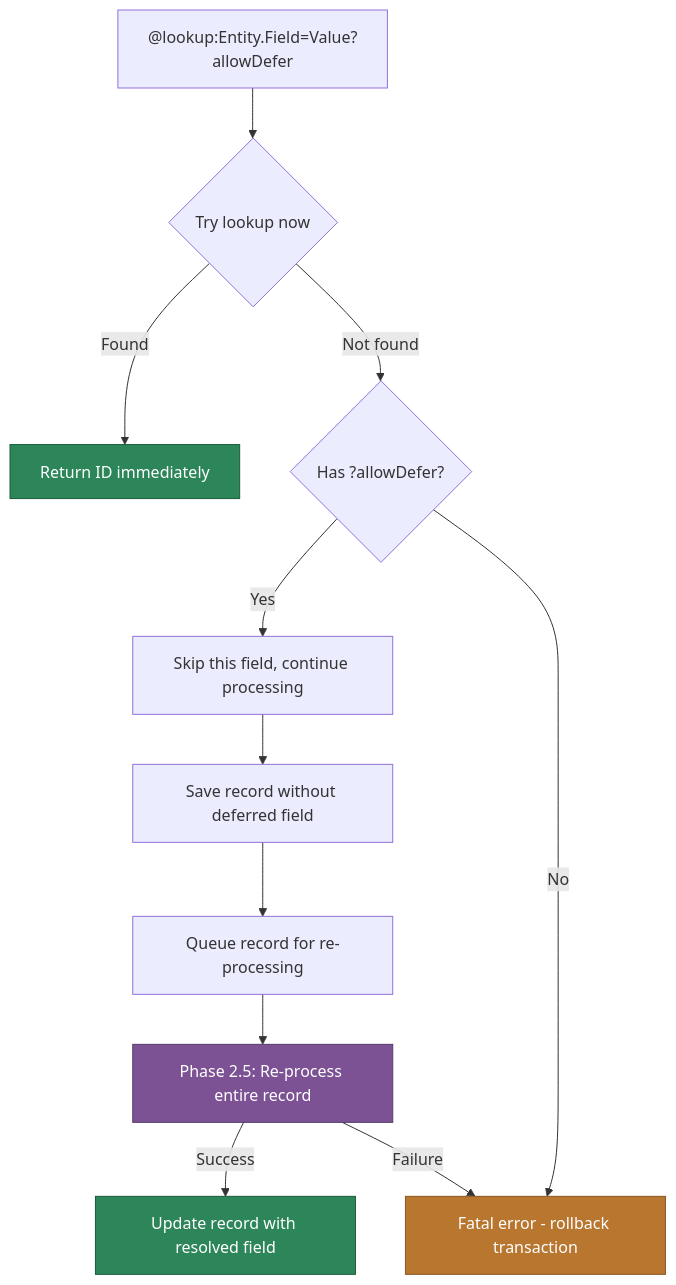
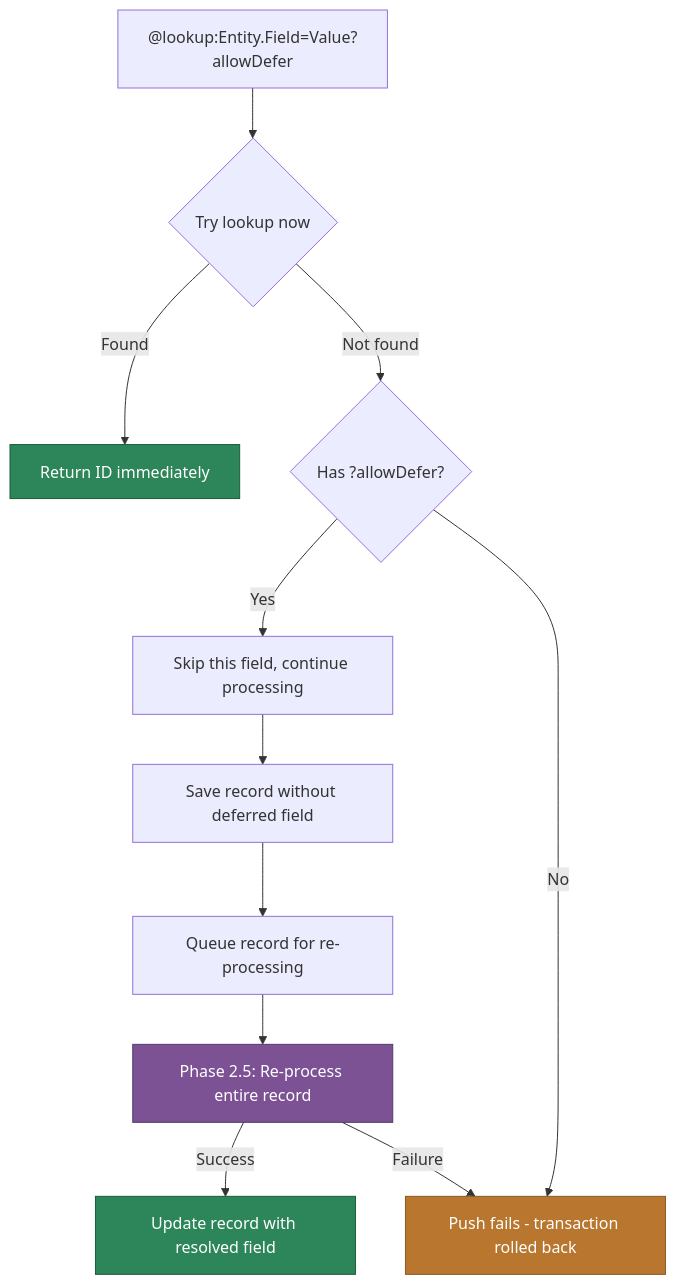
Before and after one commit to MemberJunction/MJ: the fifth of 8 diagrams in packages/MetadataSync/README.md, drawn with Mermaid. The commit also changed other lines of this file and 3 other files, not shown here.

````diff
--- a/packages/MetadataSync/README.md
+++ b/packages/MetadataSync/README.md
@@ -574,18 +574,18 @@
 ```mermaid
 flowchart TD
     A["@lookup:Entity.Field=Value?allowDefer"] --> B{Try lookup now}
     B -->|Found| C[Return ID immediately]
     B -->|Not found| D{Has ?allowDefer?}
     D -->|Yes| E[Skip this field, continue processing]
-    D -->|No| F[Fatal error - rollback transaction]
+    D -->|No| F[Push fails - transaction rolled back]
     E --> G[Save record without deferred field]
     G --> H[Queue record for re-processing]
     H --> I[Phase 2.5: Re-process entire record]
     I -->|Success| J[Update record with resolved field]
     I -->|Failure| F
 
     style C fill:#2d8659,stroke:#1a5c3a,color:#fff
     style F fill:#b8762f,stroke:#8a5722,color:#fff
     style J fill:#2d8659,stroke:#1a5c3a,color:#fff
     style I fill:#7c5295,stroke:#563a6b,color:#fff
 ```
````
